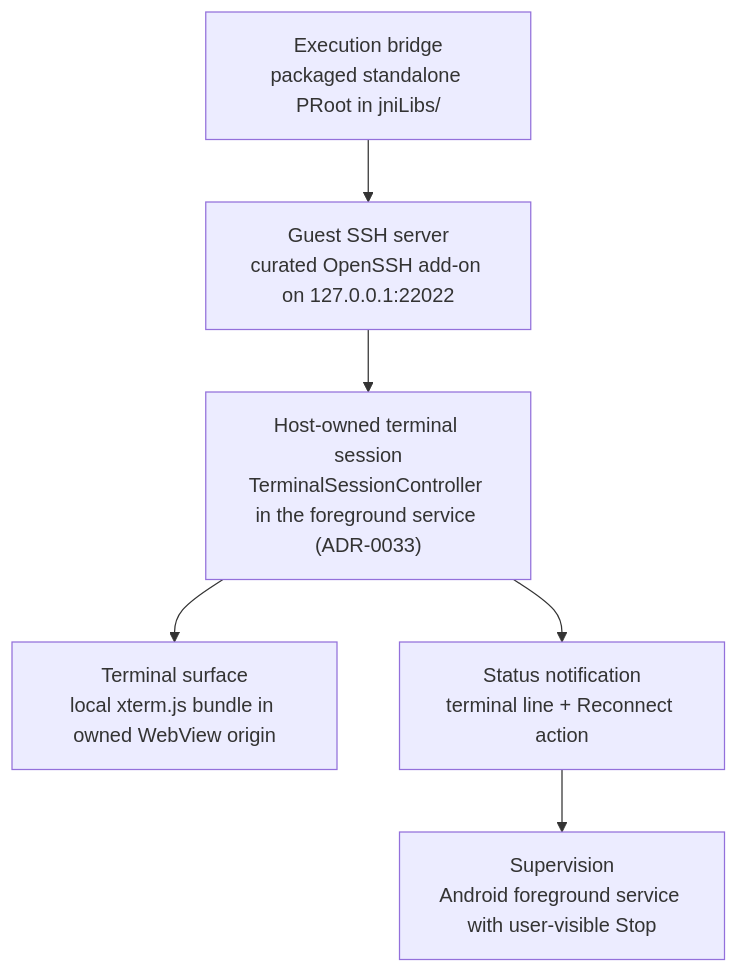
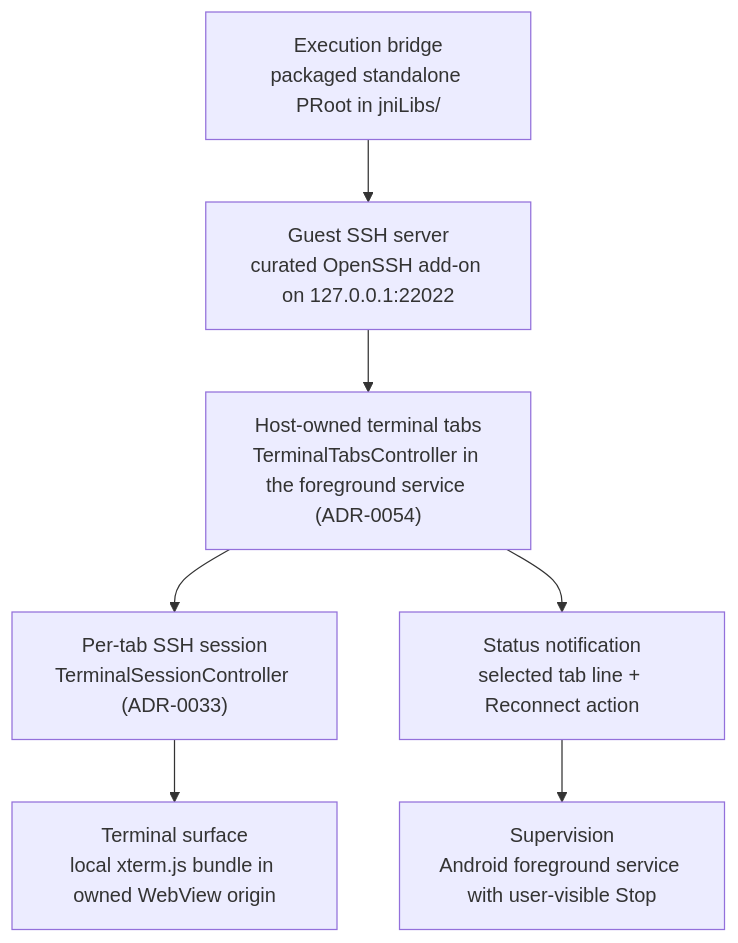
The fourth of 6 diagrams in docs/architecture.md (jahrulnr/NusaDesk), drawn with Mermaid before and after one commit. The commit also changed other lines of this file and 67 other files, not shown here.

First line of the commit message:
feat(terminal): add multi-tab terminal and command apps (0.10.0)

````diff
--- a/docs/architecture.md
+++ b/docs/architecture.md
@@ -218,8 +231,9 @@
 ```mermaid
 flowchart TD
     Bridge["Execution bridge<br/>packaged standalone PRoot in jniLibs/<abi>"] --> Guest["Guest SSH server<br/>curated OpenSSH add-on on 127.0.0.1:22022"]
-    Guest --> Session["Host-owned terminal session<br/>TerminalSessionController in the foreground service (ADR-0033)"]
+    Guest --> Tabs["Host-owned terminal tabs<br/>TerminalTabsController in the foreground service (ADR-0054)"]
+    Tabs --> Session["Per-tab SSH session<br/>TerminalSessionController (ADR-0033)"]
     Session --> Terminal["Terminal surface<br/>local xterm.js bundle in owned WebView origin"]
-    Session --> Notification["Status notification<br/>terminal line + Reconnect action"]
+    Tabs --> Notification["Status notification<br/>selected tab line + Reconnect action"]
     Notification --> Supervision["Supervision<br/>Android foreground service with user-visible Stop"]
 ```
````
